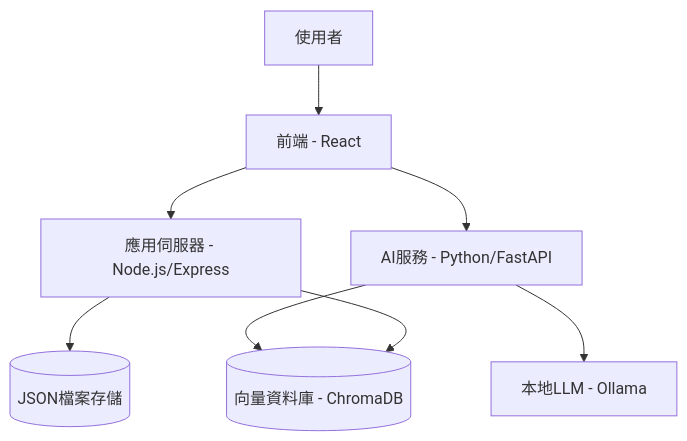
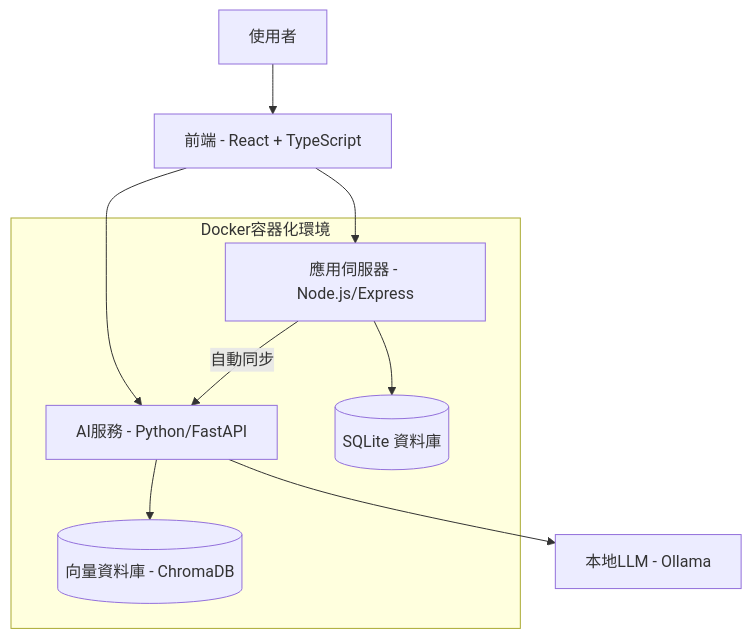
Before and after one commit to UshRotciv/AI_S2T_tool: the diagram in README.md, drawn with Mermaid. The commit also changed other lines of this file and 84 other files, not shown here.

````diff
--- a/README.md
+++ b/README.md
@@ -29,10 +31,17 @@
 ```mermaid
 graph TD
-    User[使用者] --> Frontend[前端 - React]
+    User[使用者] --> Frontend[前端 - React + TypeScript]
     Frontend --> AppServer[應用伺服器 - Node.js/Express]
     Frontend --> AIService[AI服務 - Python/FastAPI]
-    AppServer --> JSONFiles[(JSON檔案存儲)]
+    AppServer --> SQLite[(SQLite 資料庫)]
+    AppServer -->|自動同步| AIService
     AIService --> LLM[本地LLM - Ollama]
     AIService --> VectorDB[(向量資料庫 - ChromaDB)]
-    AppServer --> VectorDB
+    
+    subgraph Docker容器化環境
+        AppServer
+        AIService
+        SQLite
+        VectorDB
+    end
 ```
````
